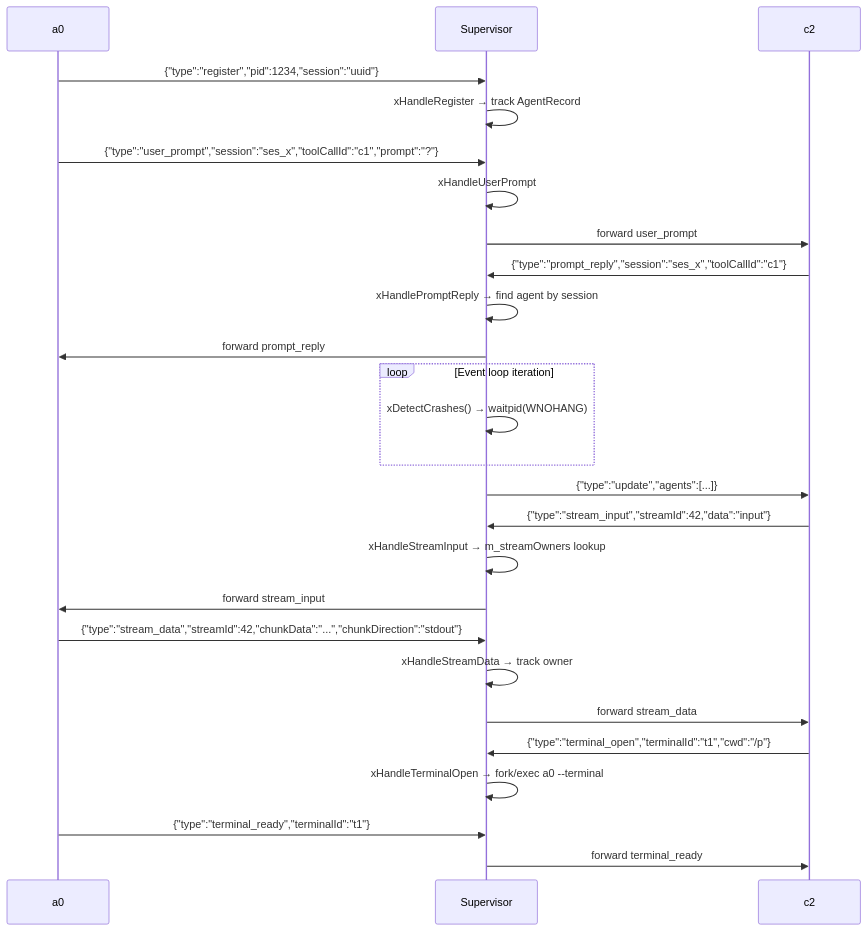
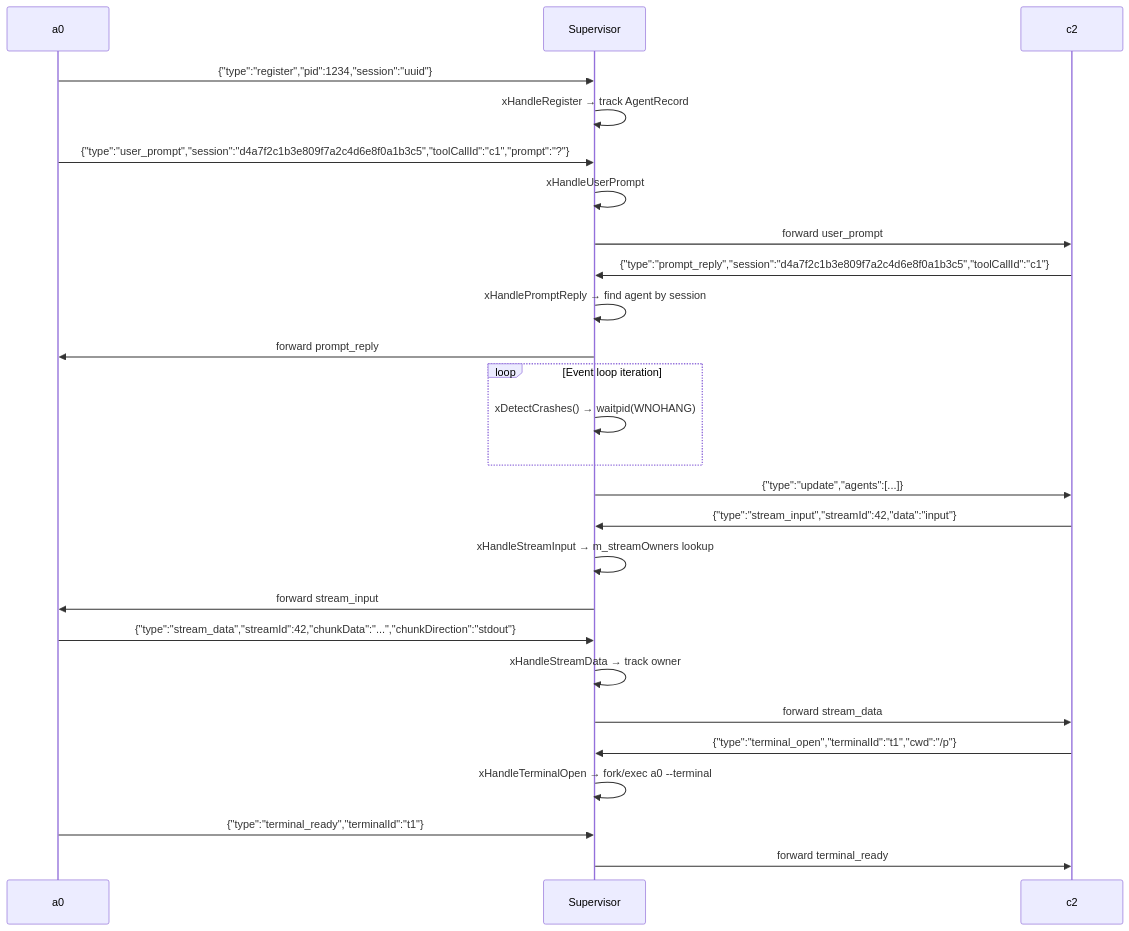
One commit to opensassi/a0 changed the second of 2 diagrams in src/b1/supervisor.spec.md. Above: the diagram before and after it, drawn with Mermaid. The commit also changed 16 other files, not shown here.

````diff
--- a/src/b1/supervisor.spec.md
+++ b/src/b1/supervisor.spec.md
@@ -104,36 +104,36 @@
 ```mermaid
 sequenceDiagram
     participant A0 as a0
     participant Sup as Supervisor
     participant C2 as c2
 
     A0->>Sup: {"type":"register","pid":1234,"session":"uuid"}
     Sup->>Sup: xHandleRegister → track AgentRecord
 
-    A0->>Sup: {"type":"user_prompt","session":"ses_x","toolCallId":"c1","prompt":"?"}
+    A0->>Sup: {"type":"user_prompt","session":"d4a7f2c1b3e809f7a2c4d6e8f0a1b3c5","toolCallId":"c1","prompt":"?"}
     Sup->>Sup: xHandleUserPrompt
     Sup->>C2: forward user_prompt
 
-    C2->>Sup: {"type":"prompt_reply","session":"ses_x","toolCallId":"c1"}
+    C2->>Sup: {"type":"prompt_reply","session":"d4a7f2c1b3e809f7a2c4d6e8f0a1b3c5","toolCallId":"c1"}
     Sup->>Sup: xHandlePromptReply → find agent by session
     Sup->>A0: forward prompt_reply
 
     loop Event loop iteration
         Sup->>Sup: xDetectCrashes() → waitpid(WNOHANG)
     end
 
     Sup->>C2: {"type":"update","agents":[...]}
 
     C2->>Sup: {"type":"stream_input","streamId":42,"data":"input"}
     Sup->>Sup: xHandleStreamInput → m_streamOwners lookup
     Sup->>A0: forward stream_input
 
     A0->>Sup: {"type":"stream_data","streamId":42,"chunkData":"...","chunkDirection":"stdout"}
     Sup->>Sup: xHandleStreamData → track owner
     Sup->>C2: forward stream_data
 
     C2->>Sup: {"type":"terminal_open","terminalId":"t1","cwd":"/p"}
     Sup->>Sup: xHandleTerminalOpen → fork/exec a0 --terminal
     A0->>Sup: {"type":"terminal_ready","terminalId":"t1"}
     Sup->>C2: forward terminal_ready
 ```
````
